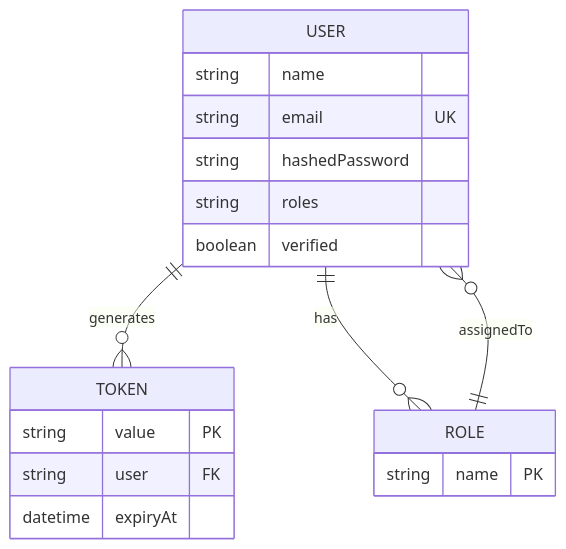
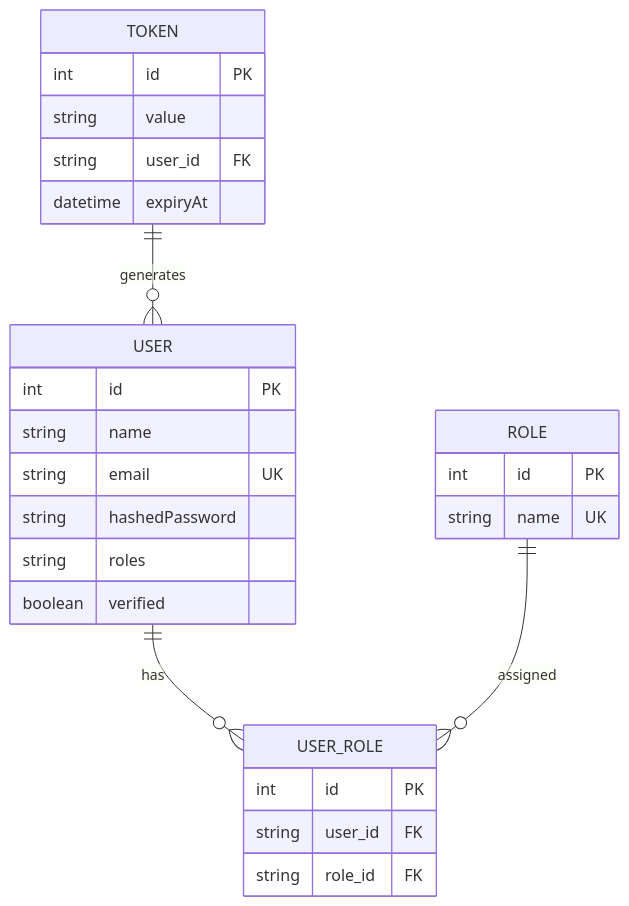
One commit to goelvinay5/WoolfProjectDocumentation changed the diagram in SchemaDesign/UserManagement.mmd. Above: the diagram before and after it, drawn with Mermaid.

```diff
--- a/SchemaDesign/UserManagement.mmd
+++ b/SchemaDesign/UserManagement.mmd
@@ -1,19 +1,27 @@
 erDiagram
+    USER ||--o{ USER_ROLE : has
     USER {
+        int id PK
         string name
         string email UK
         string hashedPassword
         string roles
         boolean verified
     }
+    ROLE ||--o{ USER_ROLE : assigned
     ROLE {
-        string name PK
+        int id PK
+        string name UK
     }
+    TOKEN ||--o{ USER : generates
     TOKEN {
-        string value PK
-        string user FK
+        int id PK
+        string value
+        string user_id FK
         datetime expiryAt
     }
-    USER ||--o{ TOKEN : generates
-    USER ||--o{ ROLE : has
-    ROLE ||--o{ USER : assignedTo
+    USER_ROLE {
+        int id PK
+        string user_id FK
+        string role_id FK
+    }
```
